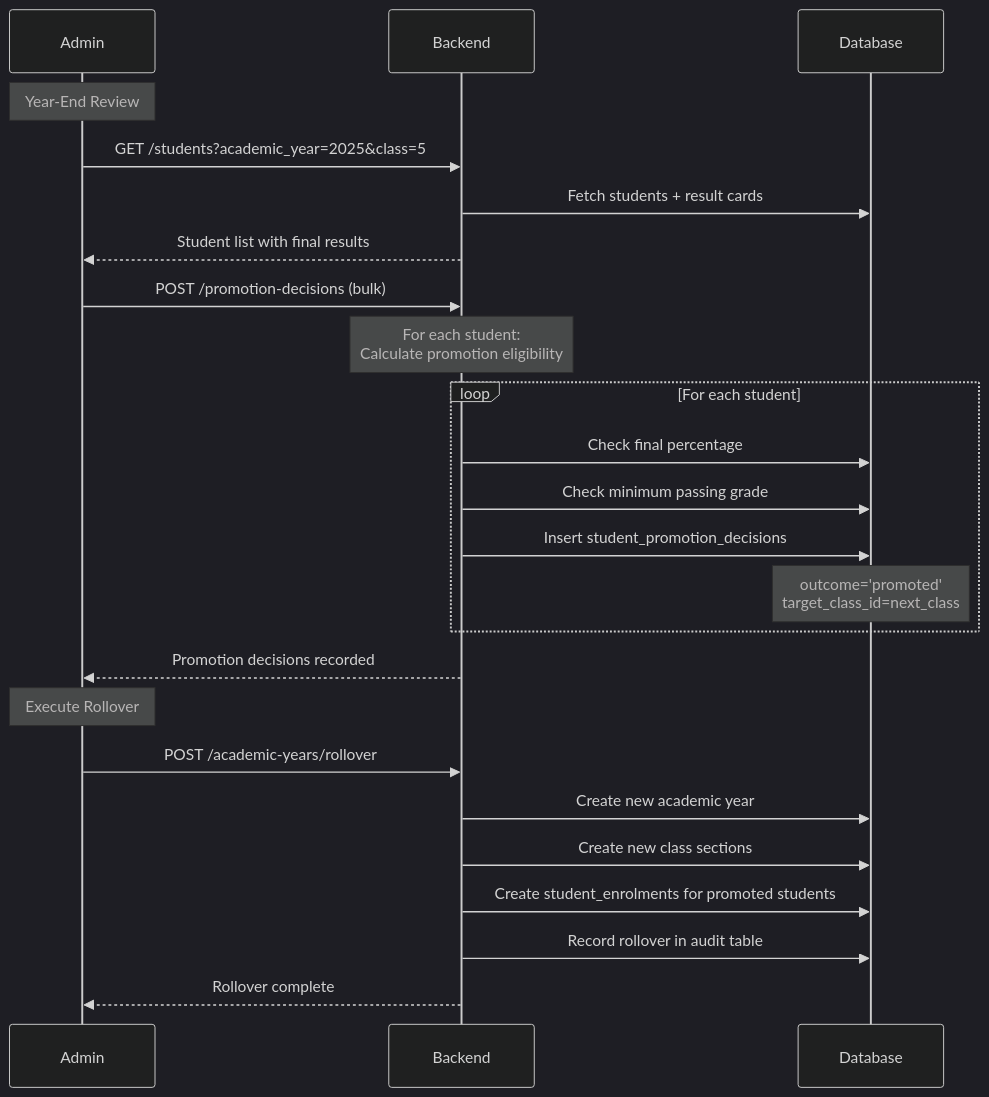
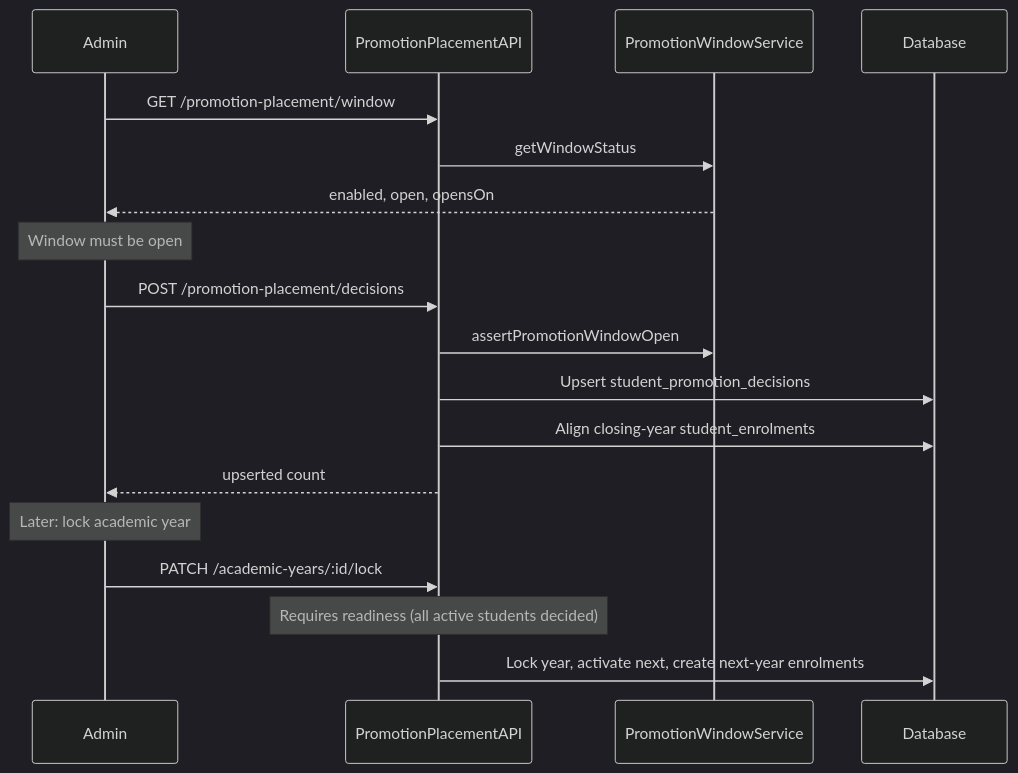
Before and after one commit to NTGClarityPK/ntg-sms-v1: diagram 11 of 15 in docs/developer-guide/student-lifecycle.md, drawn with Mermaid (dark theme). The commit also changed other lines of this file and 209 other files, not shown here.

Commit message:
support module added with reach - results module revamped and improved - promotion module with added safety and security - seeding script ready

````diff
--- a/docs/developer-guide/student-lifecycle.md
+++ b/docs/developer-guide/student-lifecycle.md
@@ -360,31 +352,23 @@
 ```mermaid
 sequenceDiagram
     participant Admin
-    participant Backend
-    participant Database
+    participant API as PromotionPlacementAPI
+    participant Window as PromotionWindowService
+    participant DB as Database
 
-    Note over Admin: Year-End Review
-    Admin->>Backend: GET /students?academic_year=2025&class=5
-    Backend->>Database: Fetch students + result cards
-    Backend-->>Admin: Student list with final results
-    
-    Admin->>Backend: POST /promotion-decisions (bulk)
-    Note over Backend: For each student:<br/>Calculate promotion eligibility
-    
-    loop For each student
-        Backend->>Database: Check final percentage
-        Backend->>Database: Check minimum passing grade
-        Backend->>Database: Insert student_promotion_decisions
-        Note over Database: outcome='promoted'<br/>target_class_id=next_class
-    end
-    
-    Backend-->>Admin: Promotion decisions recorded
-    
-    Note over Admin: Execute Rollover
-    Admin->>Backend: POST /academic-years/rollover
-    Backend->>Database: Create new academic year
-    Backend->>Database: Create new class sections
-    Backend->>Database: Create student_enrolments for promoted students
-    Backend->>Database: Record rollover in audit table
-    Backend-->>Admin: Rollover complete
+    Admin->>API: GET /promotion-placement/window
+    API->>Window: getWindowStatus
+    Window-->>Admin: enabled, open, opensOn
+
+    Note over Admin: Window must be open
+    Admin->>API: POST /promotion-placement/decisions
+    API->>Window: assertPromotionWindowOpen
+    API->>DB: Upsert student_promotion_decisions
+    API->>DB: Align closing-year student_enrolments
+    API-->>Admin: upserted count
+
+    Note over Admin: Later: lock academic year
+    Admin->>API: PATCH /academic-years/:id/lock
+    Note over API: Requires readiness (all active students decided)
+    API->>DB: Lock year, activate next, create next-year enrolments
 ```
````
